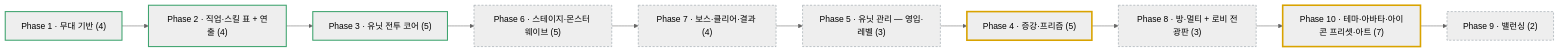
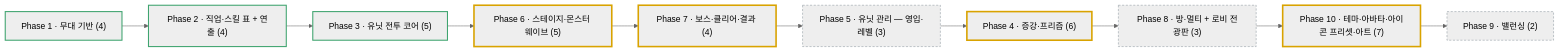
The diagram in .beaver/output/roadmap/maple-augment-defense-roadmap.md (HaSungJe/msw), drawn with Mermaid (neutral theme) before and after one commit. The commit also changed other lines of this file and 62 other files, not shown here.

````diff
--- a/.beaver/output/roadmap/maple-augment-defense-roadmap.md
+++ b/.beaver/output/roadmap/maple-augment-defense-roadmap.md
@@ -22,15 +22,15 @@
 ```mermaid
 flowchart LR
   P1["Phase 1 · 무대 기반 (4)"]:::done --> P2["Phase 2 · 직업·스킬 표 + 연출 (4)"]:::done
   P2 --> P3["Phase 3 · 유닛 전투 코어 (5)"]:::done
-  P3 --> P6["Phase 6 · 스테이지·몬스터 웨이브 (5)"]:::todo
-  P6 --> P7["Phase 7 · 보스·클리어·결과 (4)"]:::todo
+  P3 --> P6["Phase 6 · 스테이지·몬스터 웨이브 (5)"]:::inprogress
+  P6 --> P7["Phase 7 · 보스·클리어·결과 (4)"]:::inprogress
   P7 --> P5["Phase 5 · 유닛 관리 — 영입·레벨 (3)"]:::todo
-  P5 --> P4["Phase 4 · 증강·프리즘 (5)"]:::inprogress
+  P5 --> P4["Phase 4 · 증강·프리즘 (6)"]:::inprogress
   P4 --> P8["Phase 8 · 방·멀티 + 로비 전광판 (3)"]:::todo
   P8 --> P10["Phase 10 · 테마·아바타·아이콘 프리셋·아트 (7)"]:::inprogress
   P10 --> P9["Phase 9 · 밸런싱 (2)"]:::todo
   classDef done stroke:#3fa46f,stroke-width:2px
   classDef inprogress stroke:#d9a300,stroke-width:3px
   classDef todo stroke:#8a949c,stroke-width:1px,stroke-dasharray:4 3
 ```
````
